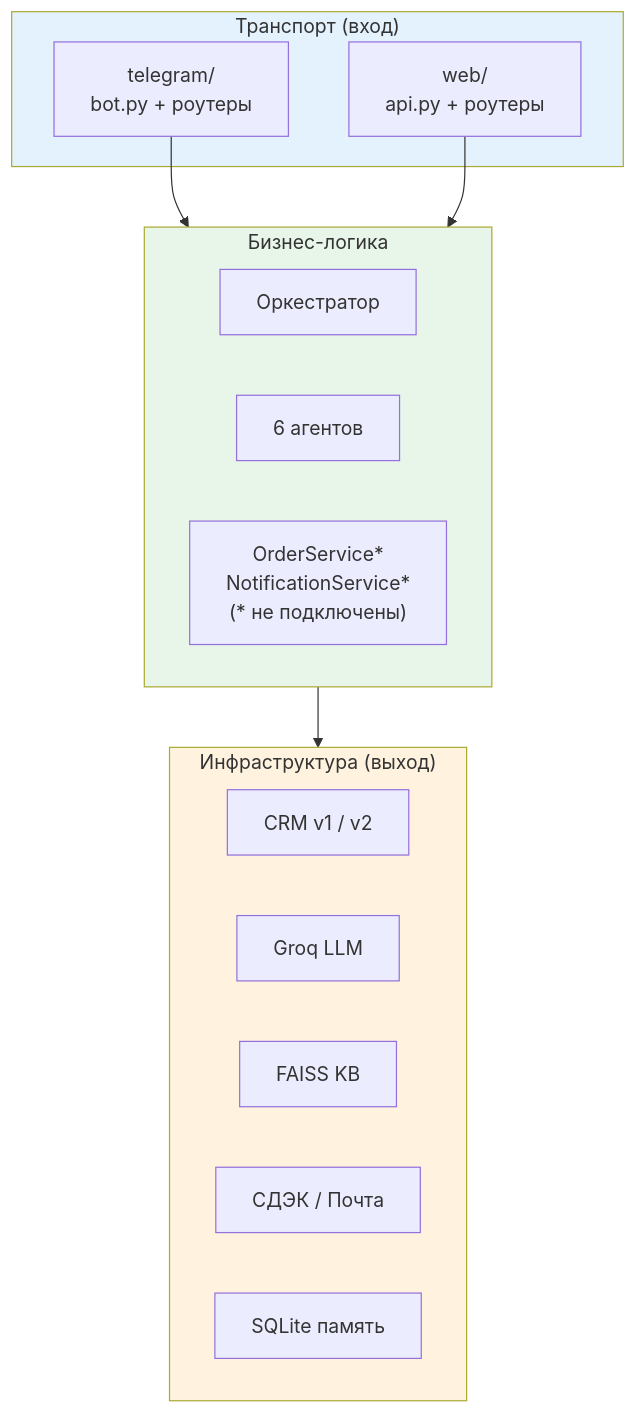
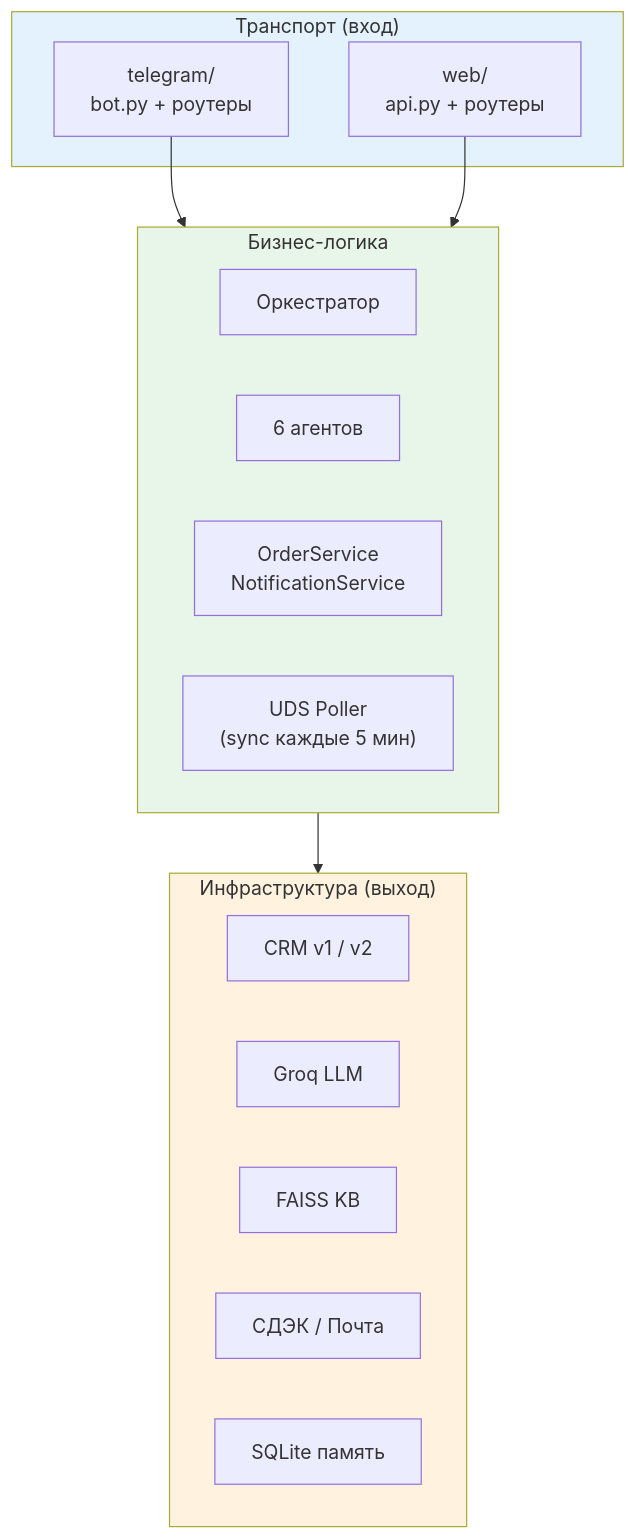
The eighth of 11 diagrams in docs/architecture.md (unidel2035/BEEBOT), drawn with Mermaid before and after one commit. The commit also changed other lines of this file and 1 other file, not shown here.

First line of the commit message:
docs: добавить UDS и внешние системы в архитектурные диаграммы (#155)

````diff
--- a/docs/architecture.md
+++ b/docs/architecture.md
@@ -280,29 +292,30 @@
 ```mermaid
 graph TB
     subgraph TRANSPORT["Транспорт (вход)"]
         TG["telegram/<br/>bot.py + роутеры"]
         WEB_T["web/<br/>api.py + роутеры"]
     end
 
     subgraph LOGIC["Бизнес-логика"]
         ORCH_L["Оркестратор"]
         AGENTS_L["6 агентов"]
-        SVC["OrderService*<br/>NotificationService*<br/>(* не подключены)"]
+        SVC["OrderService<br/>NotificationService"]
+        UDS_L["UDS Poller<br/>(sync каждые 5 мин)"]
     end
 
     subgraph INFRA_L["Инфраструктура (выход)"]
         CRM_L["CRM v1 / v2"]
         LLM_L["Groq LLM"]
         KB_L["FAISS KB"]
         DEL_L["СДЭК / Почта"]
         MEM_L["SQLite память"]
     end
 
     TG --> LOGIC
     WEB_T --> LOGIC
     LOGIC --> INFRA_L
 
     style TRANSPORT fill:#e3f2fd
     style LOGIC fill:#e8f5e9
     style INFRA_L fill:#fff3e0
 ```
````
